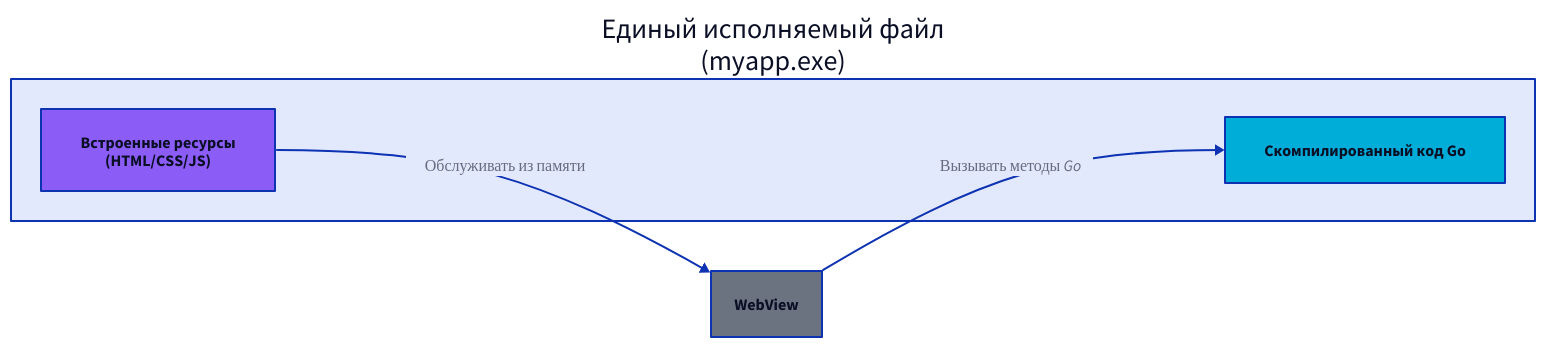
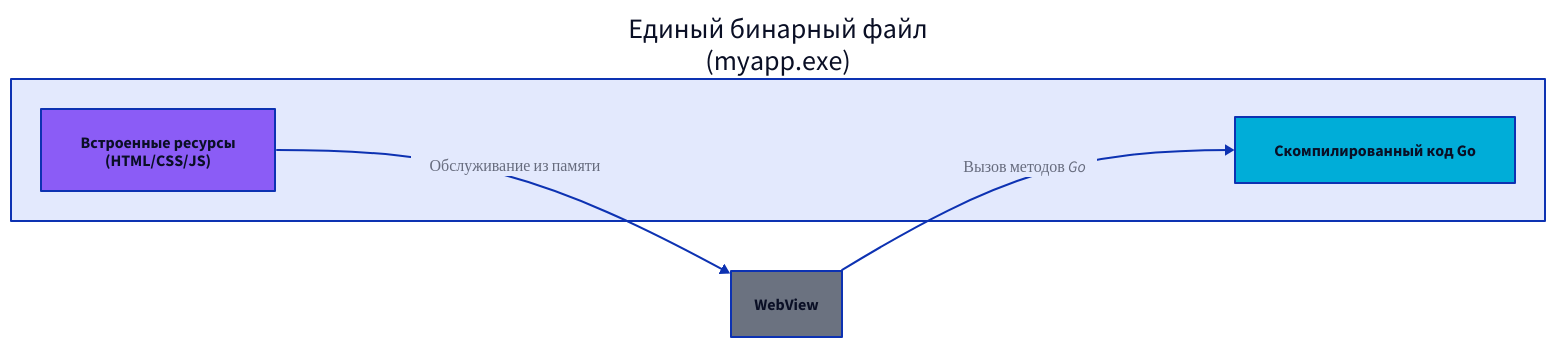
One commit to wailsapp/wails changed the seventh of 8 diagrams in docs/mpress/content/ru/concepts/architecture.md. Above: the diagram before and after it, drawn with D2. The commit also changed other lines of this file and 1096 other files, not shown here.

````diff
--- a/docs/mpress/content/ru/concepts/architecture.md
+++ b/docs/mpress/content/ru/concepts/architecture.md
@@ -489,23 +489,23 @@
 ```d2
 direction: right
 
-Binary: "Единый исполняемый файл\n(myapp.exe)" {
+Binary: "Единый бинарный файл\n(myapp.exe)" {
   GoCode: Скомпилированный код Go {
     shape: rectangle
     style.fill: "#00ADD8"
   }
 
   Assets: "Встроенные ресурсы\n(HTML/CSS/JS)" {
     shape: rectangle
     style.fill: "#8B5CF6"
   }
 }
 
 WebView: WebView {
   shape: rectangle
   style.fill: "#6B7280"
 }
 
-Binary.Assets -> WebView: Обслуживать из памяти
-WebView -> Binary.GoCode: Вызывать методы Go
+Binary.Assets -> WebView: Обслуживание из памяти
+WebView -> Binary.GoCode: Вызов методов Go
 ```
````
